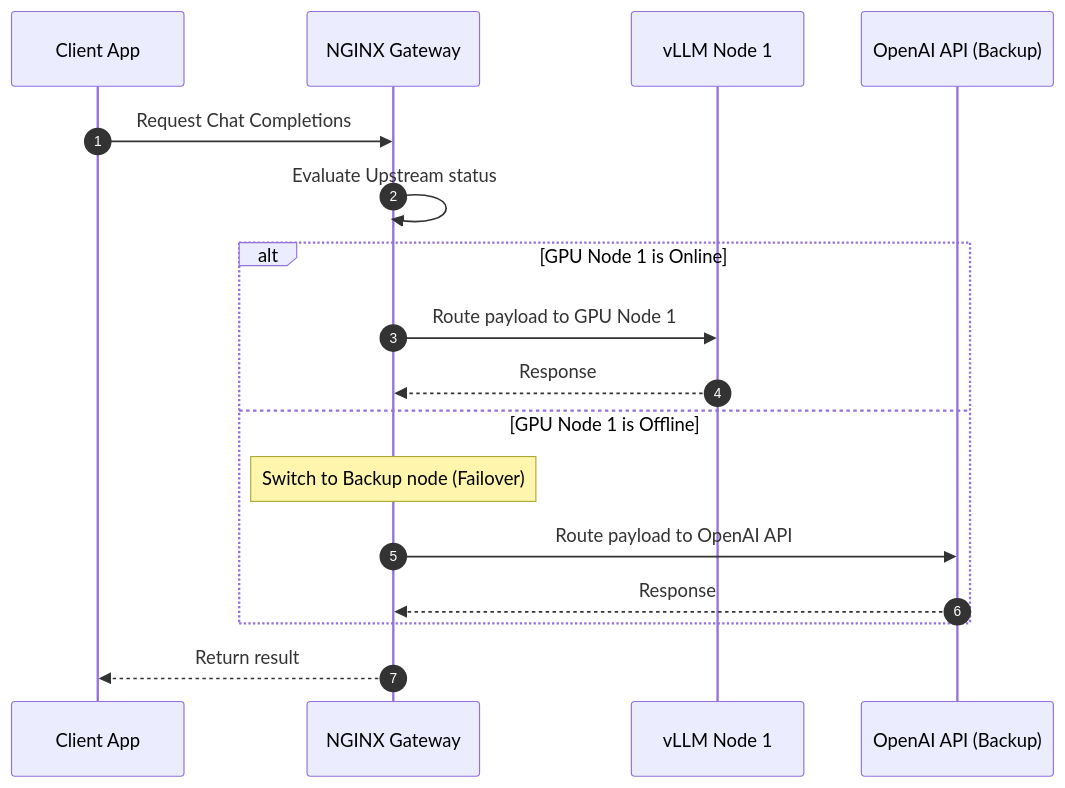
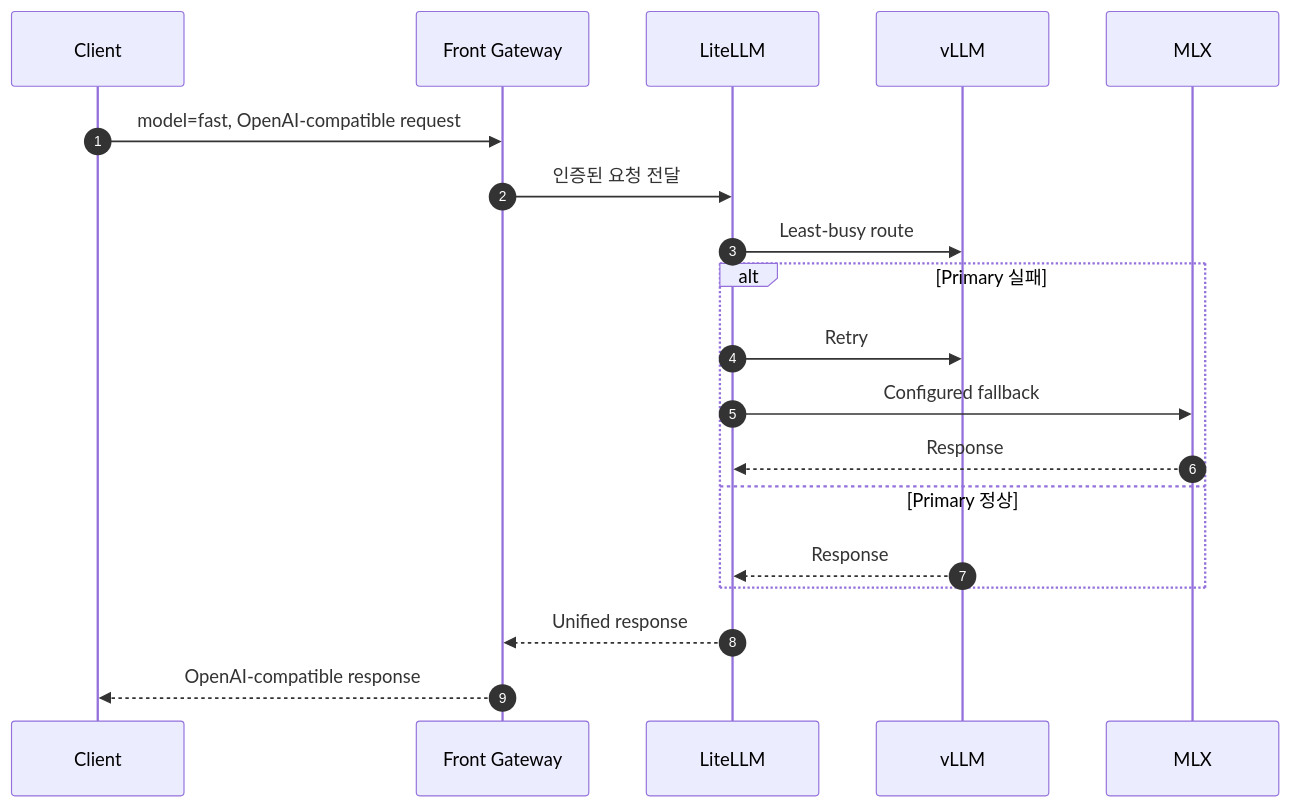
Before and after one commit to devcy0922/devcy0922.github.io: the second of 2 diagrams in docs/projects/ai-gateway-infra-demo.md, drawn with Mermaid. The commit also changed other lines of this file and 7 other files, not shown here.

````diff
--- a/docs/projects/ai-gateway-infra-demo.md
+++ b/docs/projects/ai-gateway-infra-demo.md
@@ -45,20 +45,21 @@
 ```mermaid
 sequenceDiagram
     autonumber
-    participant Client as Client App
-    participant Gateway as NGINX Gateway
-    participant GPU1 as vLLM Node 1
-    participant Backup as OpenAI API (Backup)
-
-    Client->>Gateway: Request Chat Completions
-    Gateway->>Gateway: Evaluate Upstream status
-    alt GPU Node 1 is Online
-        Gateway->>GPU1: Route payload to GPU Node 1
-        GPU1-->>Gateway: Response
-    else GPU Node 1 is Offline
-        Note over Gateway: Switch to Backup node (Failover)
-        Gateway->>Backup: Route payload to OpenAI API
-        Backup-->>Gateway: Response
+    participant Client
+    participant Gateway as Front Gateway
+    participant Router as LiteLLM
+    participant GPU as vLLM
+    participant Local as MLX
+    Client->>Gateway: model=fast, OpenAI-compatible request
+    Gateway->>Router: 인증된 요청 전달
+    Router->>GPU: Least-busy route
+    alt Primary 실패
+        Router->>GPU: Retry
+        Router->>Local: Configured fallback
+        Local-->>Router: Response
+    else Primary 정상
+        GPU-->>Router: Response
     end
-    Gateway-->>Client: Return result
+    Router-->>Gateway: Unified response
+    Gateway-->>Client: OpenAI-compatible response
 ```
````
